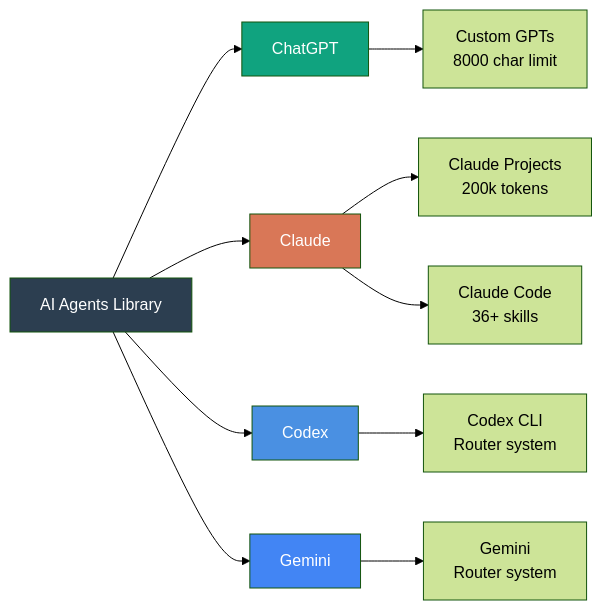
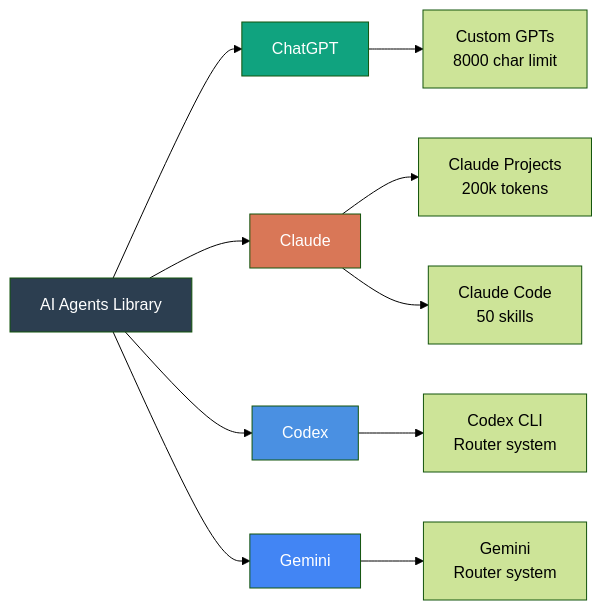
One commit to vasilyu1983/AI-Agents-public changed the fifth of 5 diagrams in README.md. Above: the diagram before and after it, drawn with Mermaid (forest theme). The commit also changed other lines of this file and 79 other files, not shown here.

````diff
--- a/README.md
+++ b/README.md
@@ -300,19 +300,19 @@
 ```mermaid
 graph LR
     A[AI Agents Library] --> B[ChatGPT]
     A --> C[Claude]
     A --> D[Codex]
     A --> E[Gemini]
 
     B --> B1[Custom GPTs<br/>8000 char limit]
     C --> C1[Claude Projects<br/>200k tokens]
-    C --> C2[Claude Code<br/>36+ skills]
+    C --> C2[Claude Code<br/>50 skills]
     D --> D1[Codex CLI<br/>Router system]
     E --> E1[Gemini<br/>Router system]
 
     style A fill:#2C3E50,color:#fff
     style B fill:#10A37F,color:#fff
     style C fill:#D97757,color:#fff
     style D fill:#4A90E2,color:#fff
     style E fill:#4285F4,color:#fff
 ```
````
